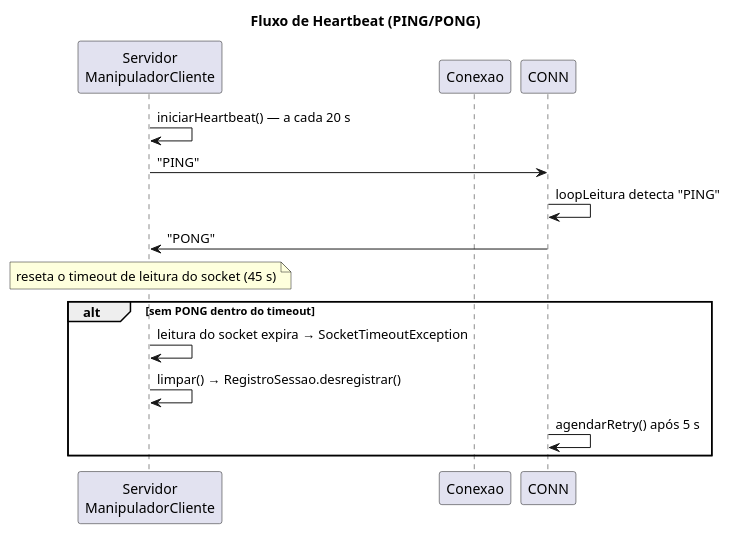
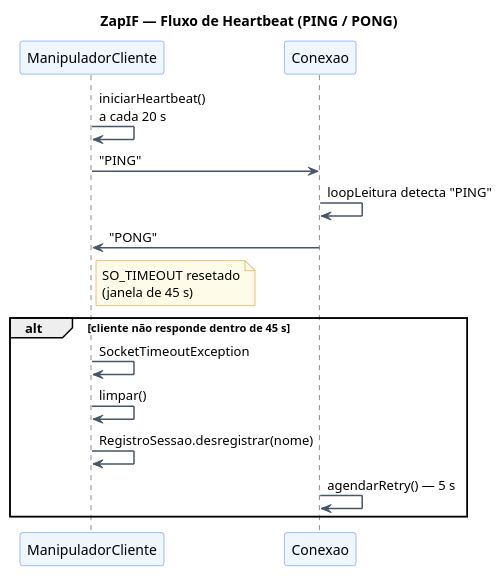
One commit to ErickHTF/ZapIF changed the third of 3 diagrams in uml/diagrams.puml. Above: the diagram before and after it, drawn with PlantUML. The commit also changed other lines of this file and 12 other files, not shown here.

Commit message:
fix: remocao de comentarios e ajuste no plantUML dos daigramas

```diff
--- a/uml/diagrams.puml
+++ b/uml/diagrams.puml
@@ -305,20 +126,30 @@
 @startuml sequencia_heartbeat
-title Fluxo de Heartbeat (PING/PONG)
+title ZapIF — Fluxo de Heartbeat (PING / PONG)
 
-participant "Servidor\nManipuladorCliente" as MC
-participant Conexao
+skinparam Shadowing false
+skinparam SequenceArrowThickness 1.5
+skinparam SequenceBoxBackgroundColor #F8FAFC
+skinparam SequenceBoxBorderColor #94A3B8
+skinparam ParticipantBackgroundColor #EFF6FF
+skinparam ParticipantBorderColor #3B82F6
+skinparam ArrowColor #475569
+skinparam NoteBackgroundColor #FEFCE8
+skinparam NoteBorderColor #CA8A04
 
-MC    -> MC   : iniciarHeartbeat() — a cada 20 s
-MC    -> CONN : "PING"
-CONN  -> CONN : loopLeitura detecta "PING"
-CONN  -> MC   : "PONG"
+participant "ManipuladorCliente" as MC
+participant "Conexao"            as CN
 
-note over MC : reseta o timeout de leitura do socket (45 s)
+MC -> MC : iniciarHeartbeat()\na cada 20 s
+MC -> CN : "PING"
 
-alt sem PONG dentro do timeout
-    MC -> MC : leitura do socket expira → SocketTimeoutException
-    MC -> MC : limpar() → RegistroSessao.desregistrar()
-    CONN -> CONN : agendarRetry() após 5 s
+CN -> CN : loopLeitura detecta "PING"
+CN -> MC : "PONG"
+note right of MC : SO_TIMEOUT resetado\n(janela de 45 s)
+
+alt cliente não responde dentro de 45 s
+    MC -> MC : SocketTimeoutException
+    MC -> MC : limpar()
+    MC -> MC : RegistroSessao.desregistrar(nome)
+    CN -> CN : agendarRetry() — 5 s
 end
-
 @enduml
```
